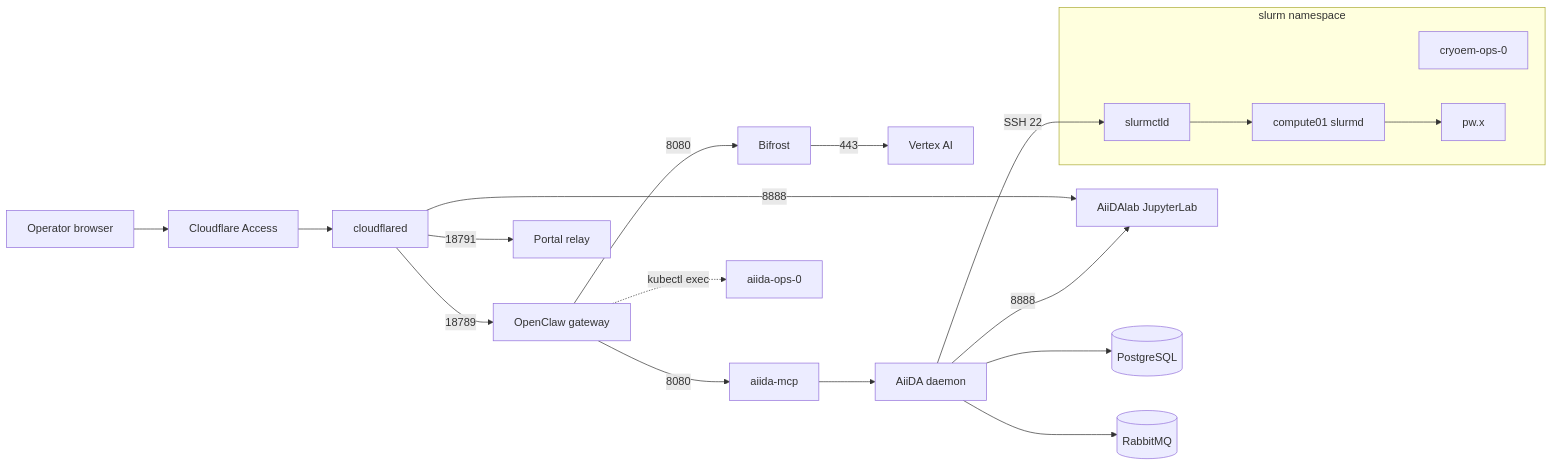
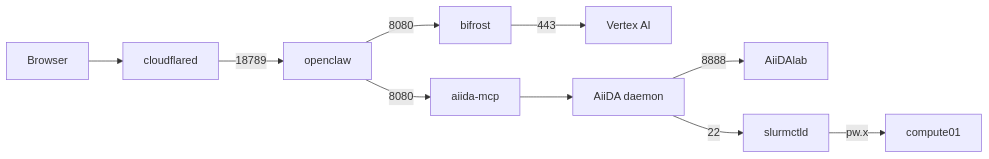
One commit to sigilmakes/aiidalab-openclaw-demo changed the first of 3 diagrams in docs/architecture.md. Above: the diagram before and after it, drawn with Mermaid. The commit also changed other lines of this file and 1 other file, not shown here.

Commit message:
docs: tighten the README and simplify the diagrams

````diff
--- a/docs/architecture.md
+++ b/docs/architecture.md
@@ -113,28 +109,9 @@
 ```mermaid
 flowchart LR
-    browser[Operator browser] --> access[Cloudflare Access]
-    access --> cfd[cloudflared]
-    cfd -->|18789| gw[OpenClaw gateway]
-    cfd -->|18791| portal[Portal relay]
-    cfd -->|8888| lab[AiiDAlab JupyterLab]
-
-    gw -->|8080| bf[Bifrost]
-    bf -->|443| vertex[Vertex AI]
-    gw -->|8080| mcp[aiida-mcp]
-    gw -.->|kubectl exec| ops[aiida-ops-0]
-
-    mcp --> daemon[AiiDA daemon]
-    daemon -->|8888| lab
-    daemon --> pg[(PostgreSQL)]
-    daemon --> mq[(RabbitMQ)]
-
-    subgraph slurm[slurm namespace]
-        ctl[slurmctld]
-        compute[compute01 slurmd]
-        cryo[cryoem-ops-0]
-        ctl --> compute
-        compute --> qe[pw.x]
-    end
-
-    daemon -->|"SSH 22"| ctl
+    browser[Browser] --> edge[cloudflared]
+    edge -->|18789| gw[openclaw]
+    gw -->|8080| bf[bifrost] -->|443| vertex[Vertex AI]
+    gw -->|8080| mcp[aiida-mcp] --> daemon[AiiDA daemon]
+    daemon -->|8888| lab[AiiDAlab]
+    daemon -->|22| slurm[slurmctld] -->|pw.x| qe[compute01]
 ```
````
